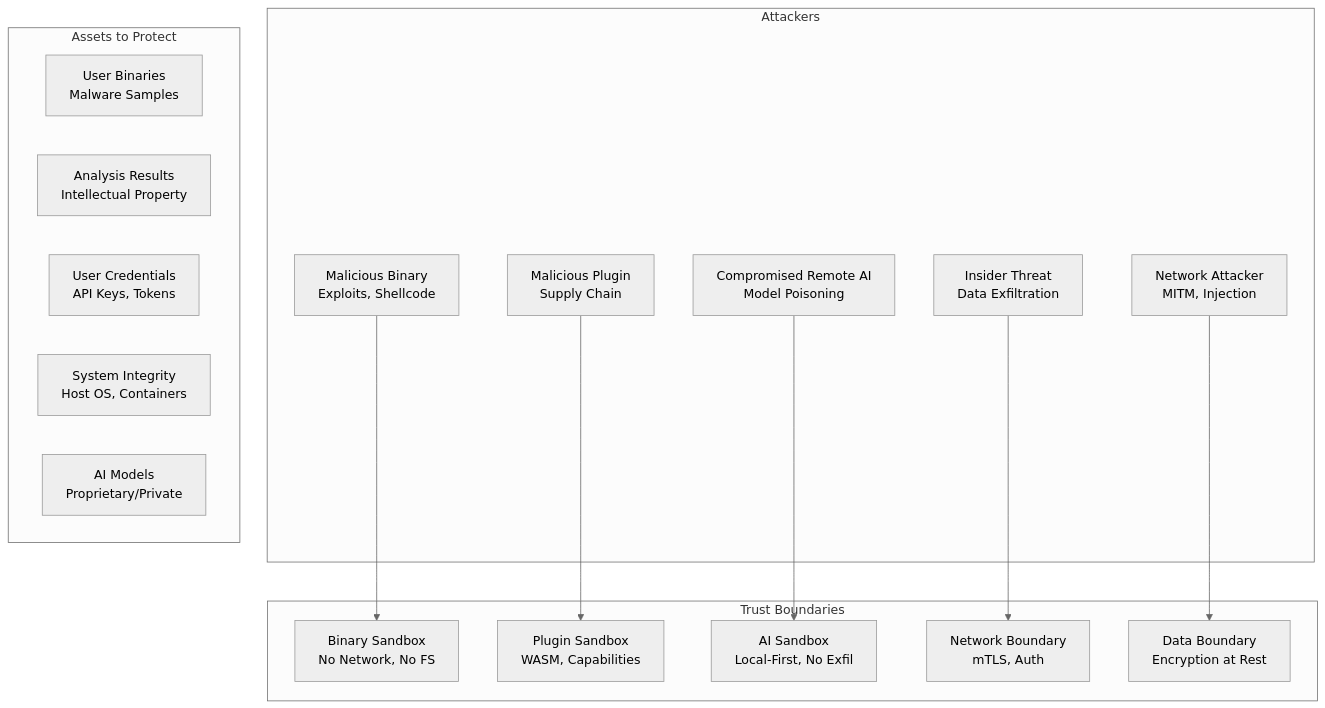
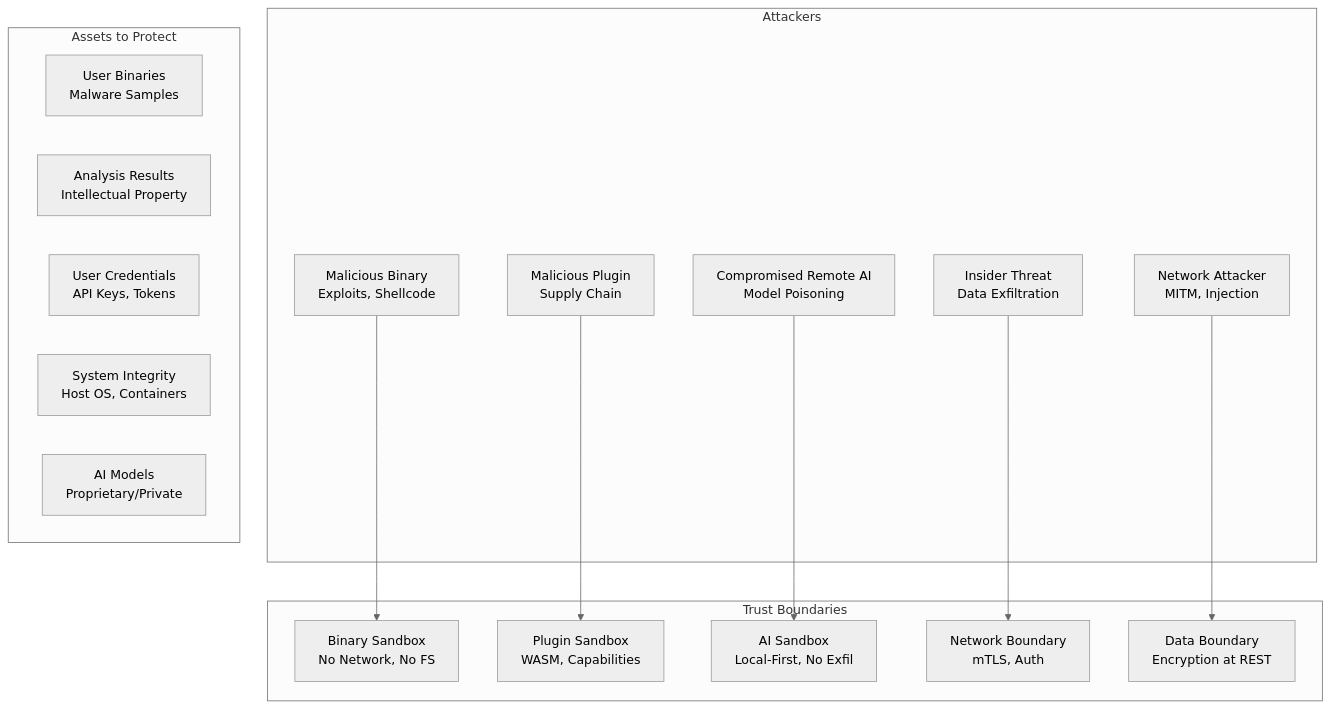
One commit to RXVEN-1907/open-re changed the first of 2 diagrams in docs/architecture/10-security-model.md. Above: the diagram before and after it, drawn with Mermaid (neutral theme). The commit also changed other lines of this file and 167 other files, not shown here.

````diff
--- a/docs/architecture/10-security-model.md
+++ b/docs/architecture/10-security-model.md
@@ -11,32 +11,32 @@
 ```mermaid
 graph TB
     subgraph "Attackers"
         A1[Malicious Binary<br/>Exploits, Shellcode]
         A2[Malicious Plugin<br/>Supply Chain]
         A3[Compromised Remote AI<br/>Model Poisoning]
         A4[Insider Threat<br/>Data Exfiltration]
         A5[Network Attacker<br/>MITM, Injection]
     end
     
     subgraph "Assets to Protect"
         D1[User Binaries<br/>Malware Samples]
         D2[Analysis Results<br/>Intellectual Property]
         D3[User Credentials<br/>API Keys, Tokens]
         D4[System Integrity<br/>Host OS, Containers]
         D5[AI Models<br/>Proprietary/Private]
     end
     
     subgraph "Trust Boundaries"
         TB1[Binary Sandbox<br/>No Network, No FS]
         TB2[Plugin Sandbox<br/>WASM, Capabilities]
         TB3[AI Sandbox<br/>Local-First, No Exfil]
         TB4[Network Boundary<br/>mTLS, Auth]
-        TB5[Data Boundary<br/>Encryption at Rest]
+        TB5[Data Boundary<br/>Encryption at REST]
     end
     
     A1 --> TB1
     A2 --> TB2
     A3 --> TB3
     A4 --> TB4
     A5 --> TB5
 ```
````
